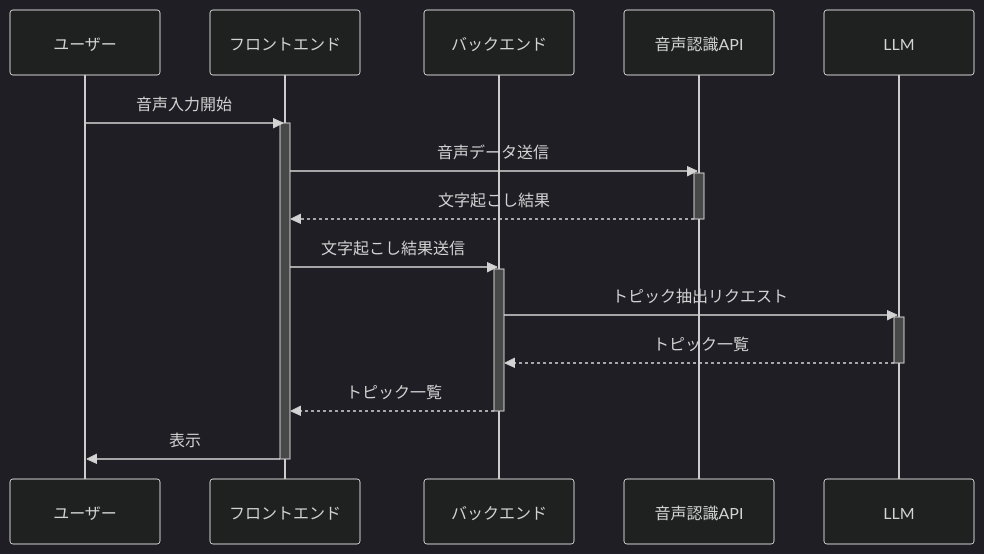
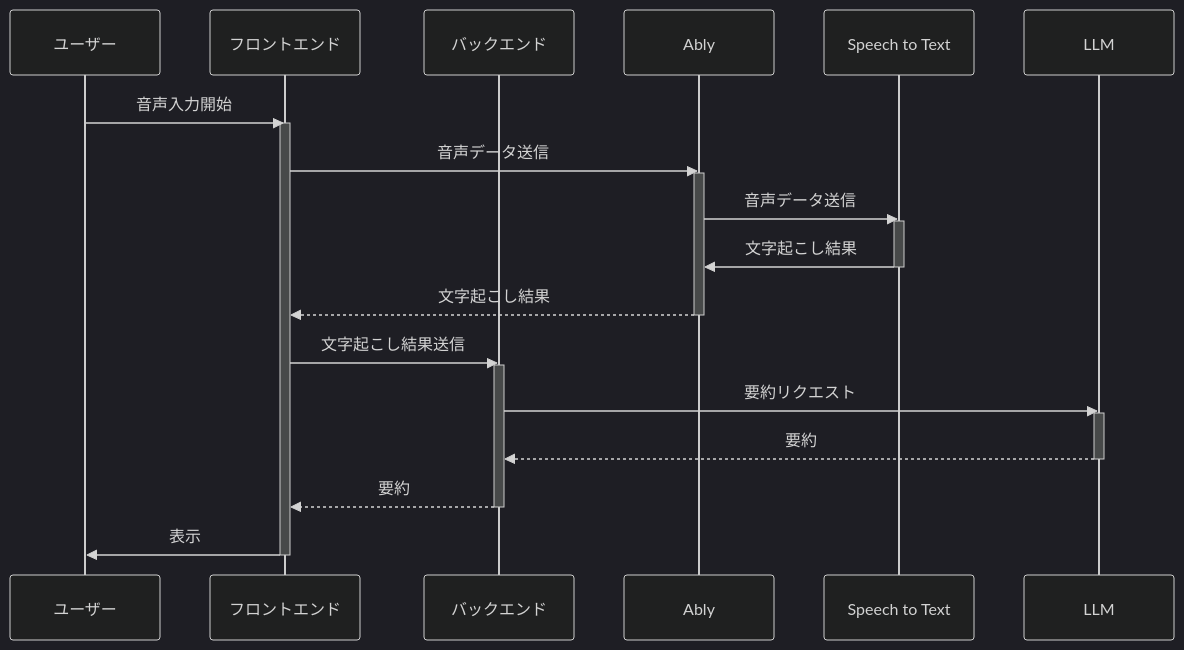
Before and after one commit to nakajima97/speak2post: the diagram in documents/sequence_diagram.md, drawn with Mermaid (dark theme).

Commit message:
シーケンス図の更新

````diff
--- a/documents/sequence_diagram.md
+++ b/documents/sequence_diagram.md
@@ -2,25 +2,30 @@
 ```mermaid
 sequenceDiagram
     participant ユーザー
     participant フロントエンド
     participant バックエンド
-    participant 音声認識API
+    participant Ably
+    participant Speech to Text
     participant LLM
 
     ユーザー->>フロントエンド: 音声入力開始
     activate フロントエンド
-    フロントエンド->>音声認識API: 音声データ送信
-    activate 音声認識API
-    音声認識API-->>フロントエンド: 文字起こし結果
-    deactivate 音声認識API
+    フロントエンド->>Ably: 音声データ送信
+    activate Ably
+    Ably->>Speech to Text: 音声データ送信
+    activate Speech to Text
+    Speech to Text->>Ably: 文字起こし結果
+    deactivate Speech to Text
+    Ably-->>フロントエンド: 文字起こし結果
+    deactivate Ably
     フロントエンド->>バックエンド: 文字起こし結果送信
     activate バックエンド
-    バックエンド->>LLM: トピック抽出リクエスト
+    バックエンド->>LLM: 要約リクエスト
     activate LLM
-    LLM-->>バックエンド: トピック一覧
+    LLM-->>バックエンド: 要約
     deactivate LLM
-    バックエンド-->>フロントエンド: トピック一覧
+    バックエンド-->>フロントエンド: 要約
     deactivate バックエンド
     フロントエンド->>ユーザー: 表示
     deactivate フロントエンド
 ```
````
